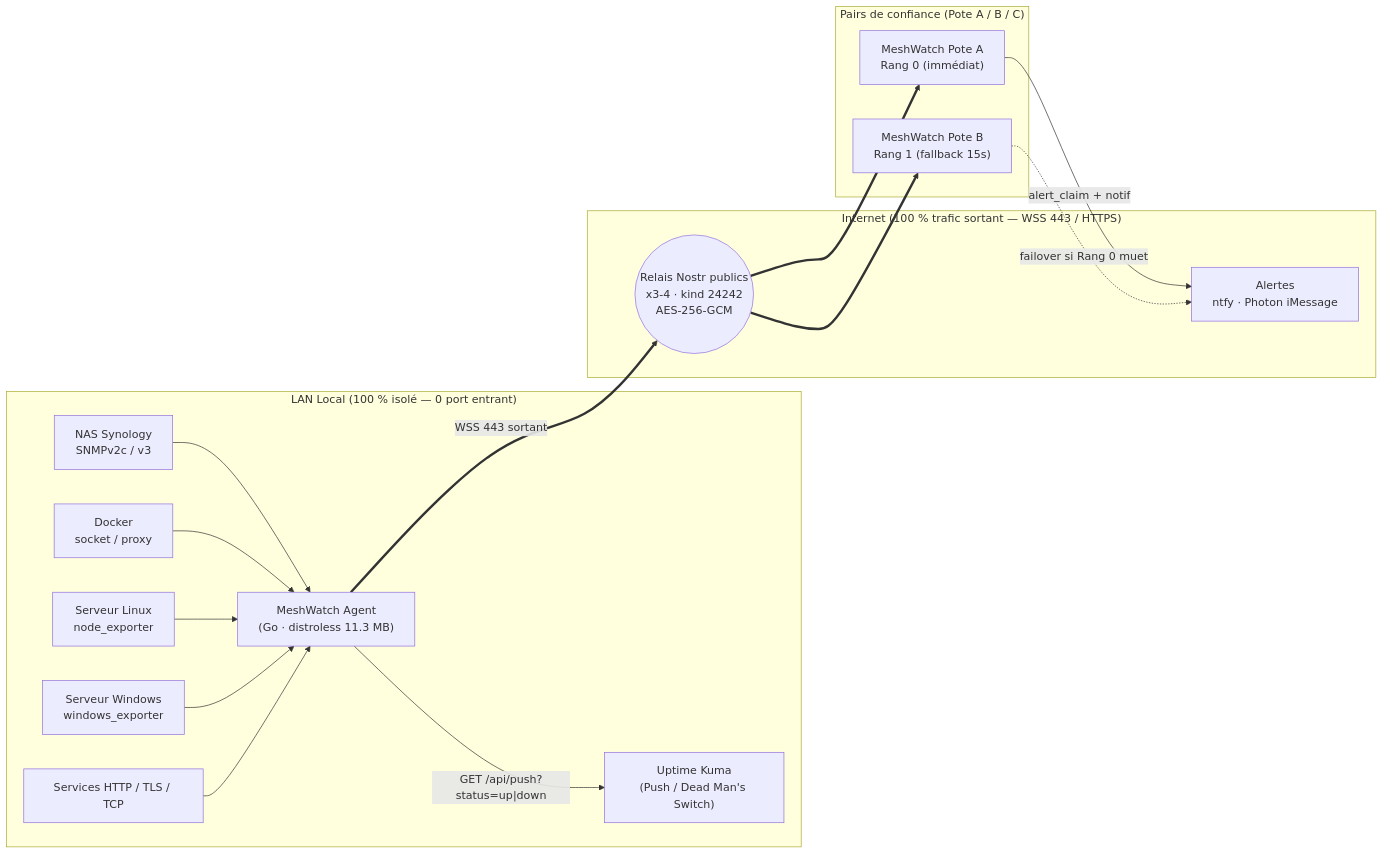
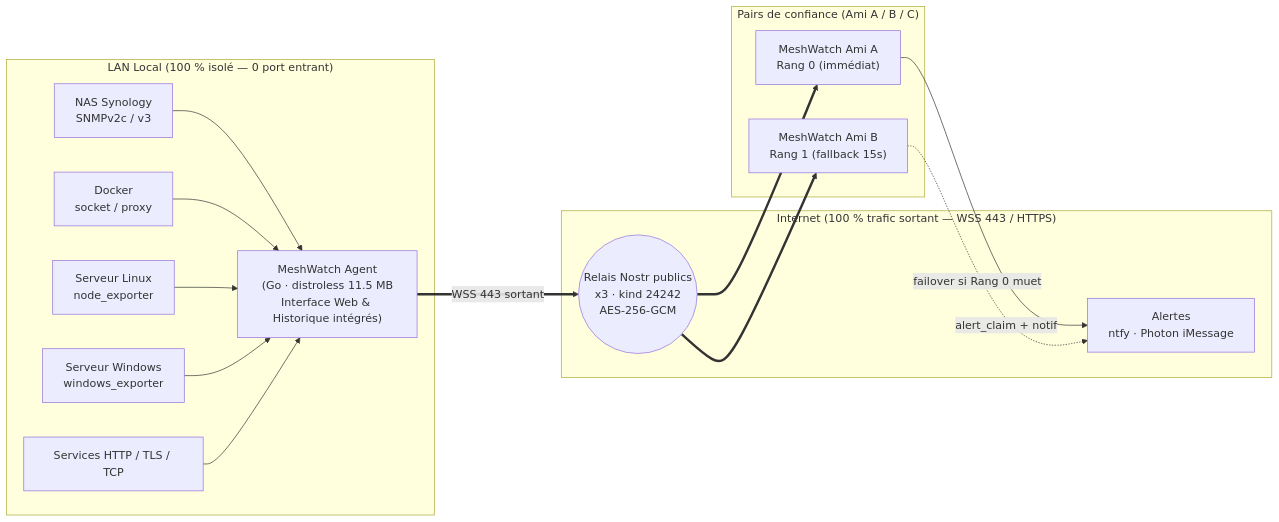
The diagram in README.md (AL1X0/meshkuma), drawn with Mermaid before and after one commit. The commit also changed other lines of this file and 18 other files, not shown here.

Commit message:
feat: remove Uptime Kuma dependency and add built-in uptime history & incident timeline

````diff
--- a/README.md
+++ b/README.md
@@ -88,36 +89,34 @@
 ```mermaid
 flowchart LR
     subgraph LAN["LAN Local (100 % isolé — 0 port entrant)"]
         SYNO["NAS Synology<br/>SNMPv2c / v3"]
         DOCK["Docker<br/>socket / proxy"]
         LIN["Serveur Linux<br/>node_exporter"]
         WIN["Serveur Windows<br/>windows_exporter"]
         WEB["Services HTTP / TLS / TCP"]
 
-        AGENT["MeshWatch Agent<br/>(Go · distroless 11.3 MB)"]
-        KUMA["Uptime Kuma<br/>(Push / Dead Man's Switch)"]
+        AGENT["MeshWatch Agent<br/>(Go · distroless 11.5 MB<br/>Interface Web & Historique intégrés)"]
 
         SYNO --> AGENT
         DOCK --> AGENT
         LIN --> AGENT
         WIN --> AGENT
         WEB --> AGENT
-        AGENT -->|"GET /api/push?status=up|down"| KUMA
     end
 
     subgraph WAN["Internet (100 % trafic sortant — WSS 443 / HTTPS)"]
-        RELAYS(("Relais Nostr publics<br/>x3-4 · kind 24242<br/>AES-256-GCM"))
+        RELAYS(("Relais Nostr publics<br/>x3 · kind 24242<br/>AES-256-GCM"))
         ALERTS["Alertes<br/>ntfy · Photon iMessage"]
     end
 
-    subgraph PEERS["Pairs de confiance (Pote A / B / C)"]
-        PEER_A["MeshWatch Pote A<br/>Rang 0 (immédiat)"]
-        PEER_B["MeshWatch Pote B<br/>Rang 1 (fallback 15s)"]
+    subgraph PEERS["Pairs de confiance (Ami A / B / C)"]
+        PEER_A["MeshWatch Ami A<br/>Rang 0 (immédiat)"]
+        PEER_B["MeshWatch Ami B<br/>Rang 1 (fallback 15s)"]
     end
 
     AGENT ==>|"WSS 443 sortant"| RELAYS
     RELAYS ==> PEER_A
     RELAYS ==> PEER_B
     PEER_A -->|"alert_claim + notif"| ALERTS
     PEER_B -.->|"failover si Rang 0 muet"| ALERTS
 ```
````
